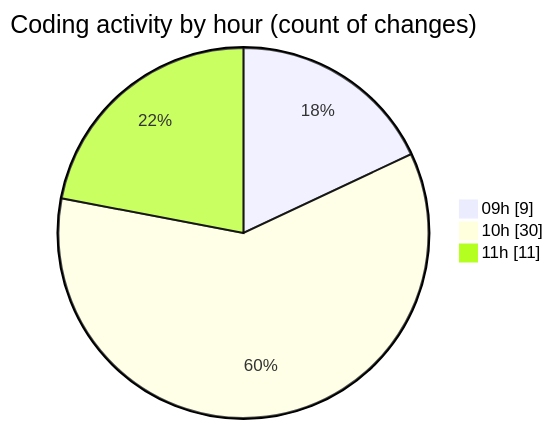
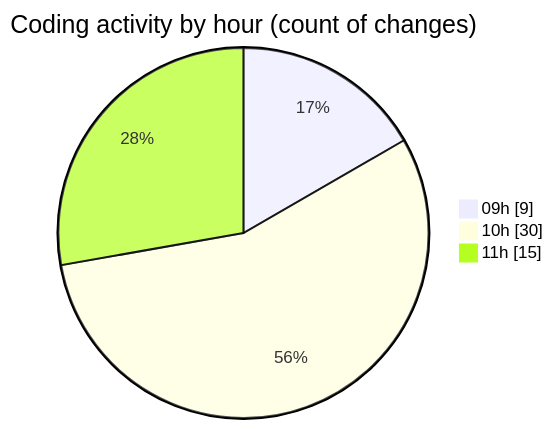
One commit to momahboobian/code-tracking changed the second of 2 diagrams in 2025-02-04/cda/README.md. Above: the diagram before and after it, drawn with Mermaid. The commit also changed other lines of this file and 1 other file, not shown here.

````diff
--- a/2025-02-04/cda/README.md
+++ b/2025-02-04/cda/README.md
@@ -30,7 +30,7 @@
 ```mermaid
 pie showData
 title Coding activity by hour (count of changes)
 "09h" : 9
 "10h" : 30
-"11h" : 11
+"11h" : 15
 ```
````
